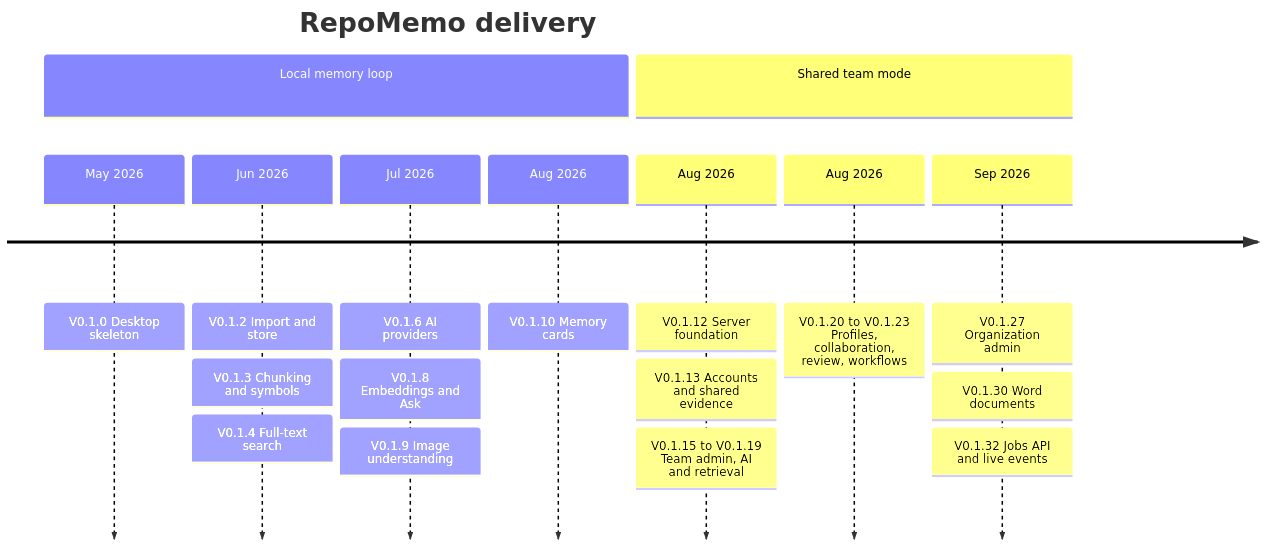
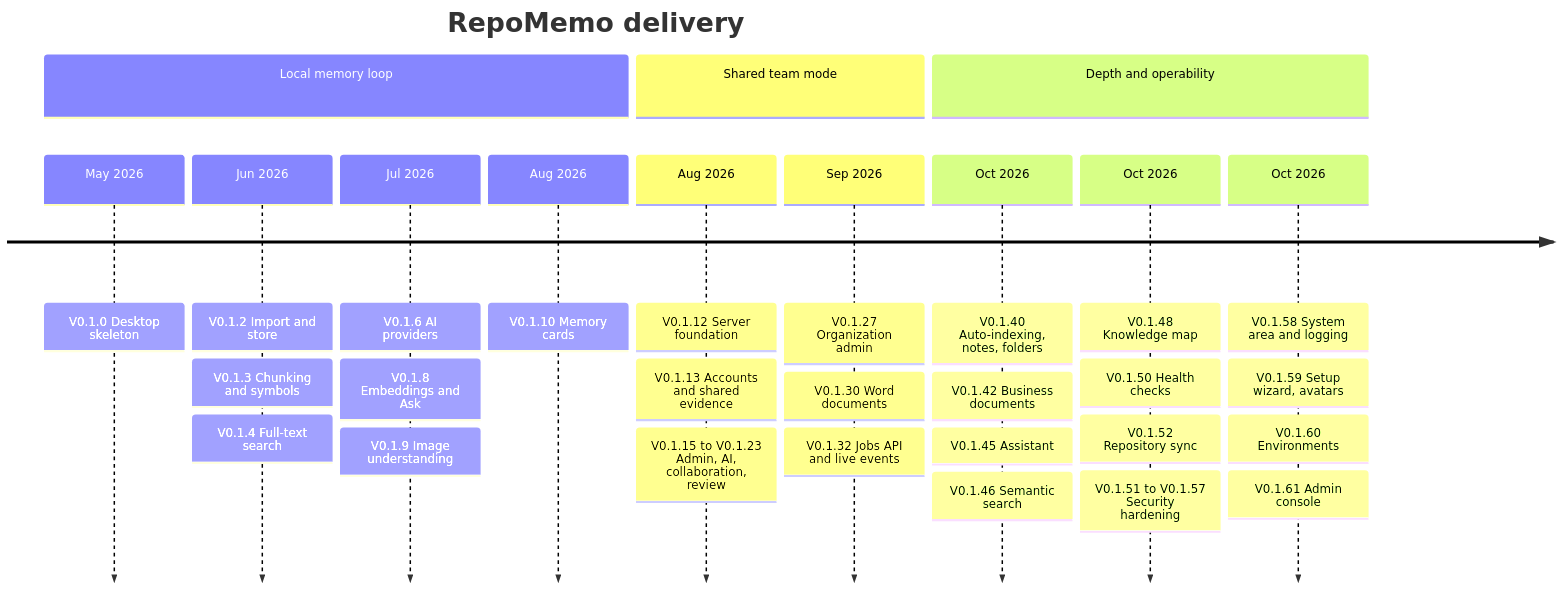
The diagram in mindmap/ROADMAP.md (winksen/RepoMemo), drawn with Mermaid before and after one commit. The commit also changed other lines of this file and 19 other files, not shown here.

````diff
--- a/mindmap/ROADMAP.md
+++ b/mindmap/ROADMAP.md
@@ -14,13 +14,16 @@
 ```mermaid
 timeline
   title RepoMemo delivery
   section Local memory loop
     May 2026 : V0.1.0 Desktop skeleton
     Jun 2026 : V0.1.2 Import and store : V0.1.3 Chunking and symbols : V0.1.4 Full-text search
     Jul 2026 : V0.1.6 AI providers : V0.1.8 Embeddings and Ask : V0.1.9 Image understanding
     Aug 2026 : V0.1.10 Memory cards
   section Shared team mode
-    Aug 2026 : V0.1.12 Server foundation : V0.1.13 Accounts and shared evidence : V0.1.15 to V0.1.19 Team admin, AI and retrieval
-    Aug 2026 : V0.1.20 to V0.1.23 Profiles, collaboration, review, workflows
+    Aug 2026 : V0.1.12 Server foundation : V0.1.13 Accounts and shared evidence : V0.1.15 to V0.1.23 Admin, AI, collaboration, review
     Sep 2026 : V0.1.27 Organization admin : V0.1.30 Word documents : V0.1.32 Jobs API and live events
+  section Depth and operability
+    Oct 2026 : V0.1.40 Auto-indexing, notes, folders : V0.1.42 Business documents : V0.1.45 Assistant : V0.1.46 Semantic search
+    Oct 2026 : V0.1.48 Knowledge map : V0.1.50 Health checks : V0.1.52 Repository sync : V0.1.51 to V0.1.57 Security hardening
+    Oct 2026 : V0.1.58 System area and logging : V0.1.59 Setup wizard, avatars : V0.1.60 Environments : V0.1.61 Admin console
 ```
````
